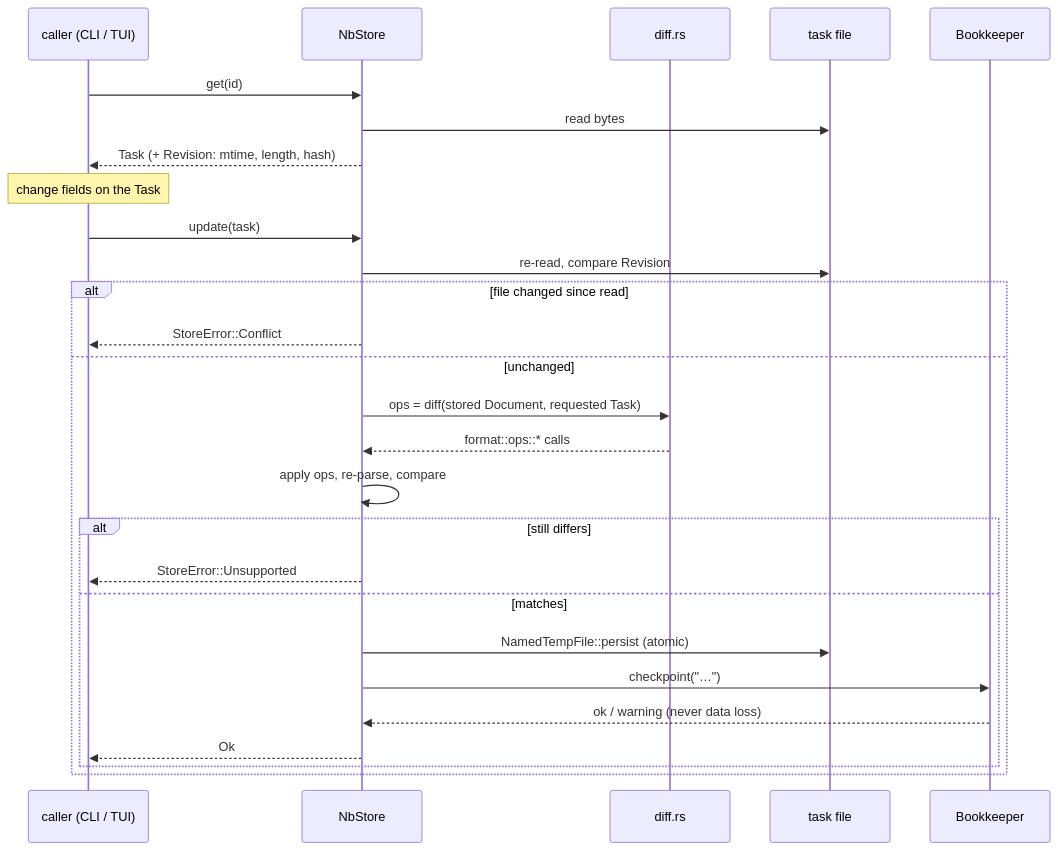
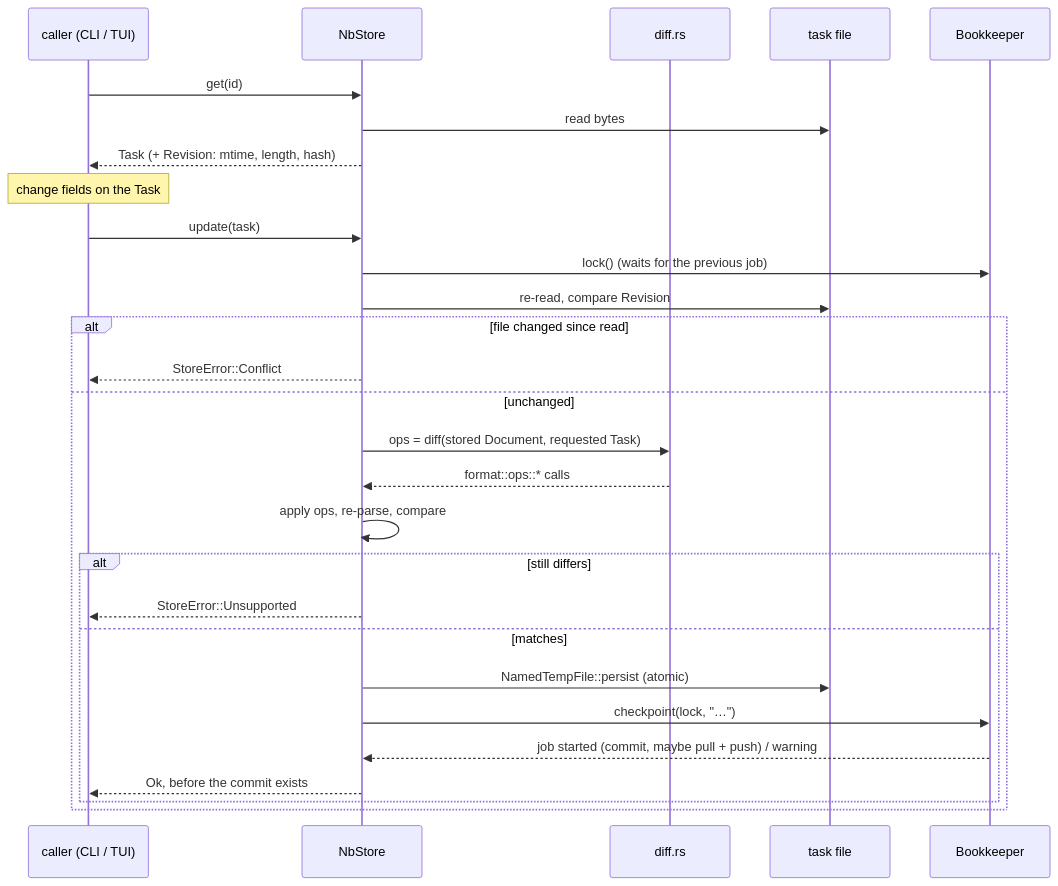
The third of 7 diagrams in docs/architecture.md (pauc/tasq), drawn with Mermaid before and after one commit. The commit also changed other lines of this file and 53 other files, not shown here.

````diff
--- a/docs/architecture.md
+++ b/docs/architecture.md
@@ -138,30 +140,31 @@
 ```mermaid
 sequenceDiagram
     participant C as caller (CLI / TUI)
     participant S as NbStore
     participant D as diff.rs
     participant F as task file
     participant B as Bookkeeper
 
     C->>S: get(id)
     S->>F: read bytes
     S-->>C: Task (+ Revision: mtime, length, hash)
     Note over C: change fields on the Task
     C->>S: update(task)
+    S->>B: lock() (waits for the previous job)
     S->>F: re-read, compare Revision
     alt file changed since read
         S-->>C: StoreError::Conflict
     else unchanged
         S->>D: ops = diff(stored Document, requested Task)
         D-->>S: format::ops::* calls
         S->>S: apply ops, re-parse, compare
         alt still differs
             S-->>C: StoreError::Unsupported
         else matches
             S->>F: NamedTempFile::persist (atomic)
-            S->>B: checkpoint("…")
-            B-->>S: ok / warning (never data loss)
-            S-->>C: Ok
+            S->>B: checkpoint(lock, "…")
+            B-->>S: job started (commit, maybe pull + push) / warning
+            S-->>C: Ok, before the commit exists
         end
     end
 ```
````
